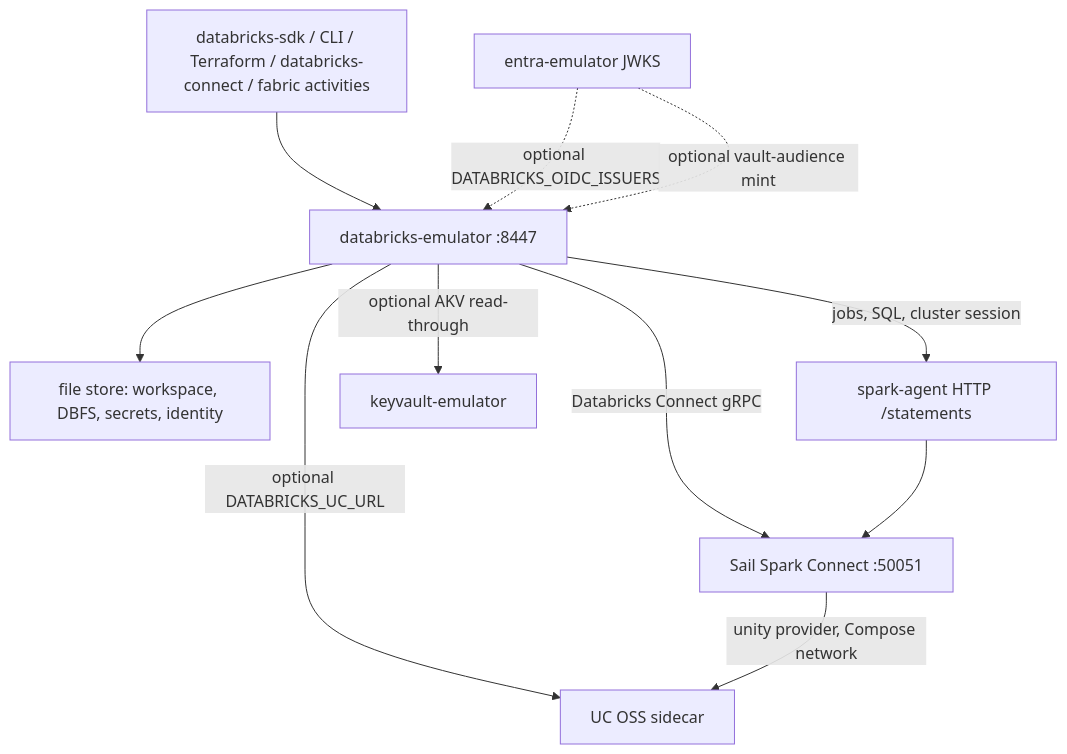
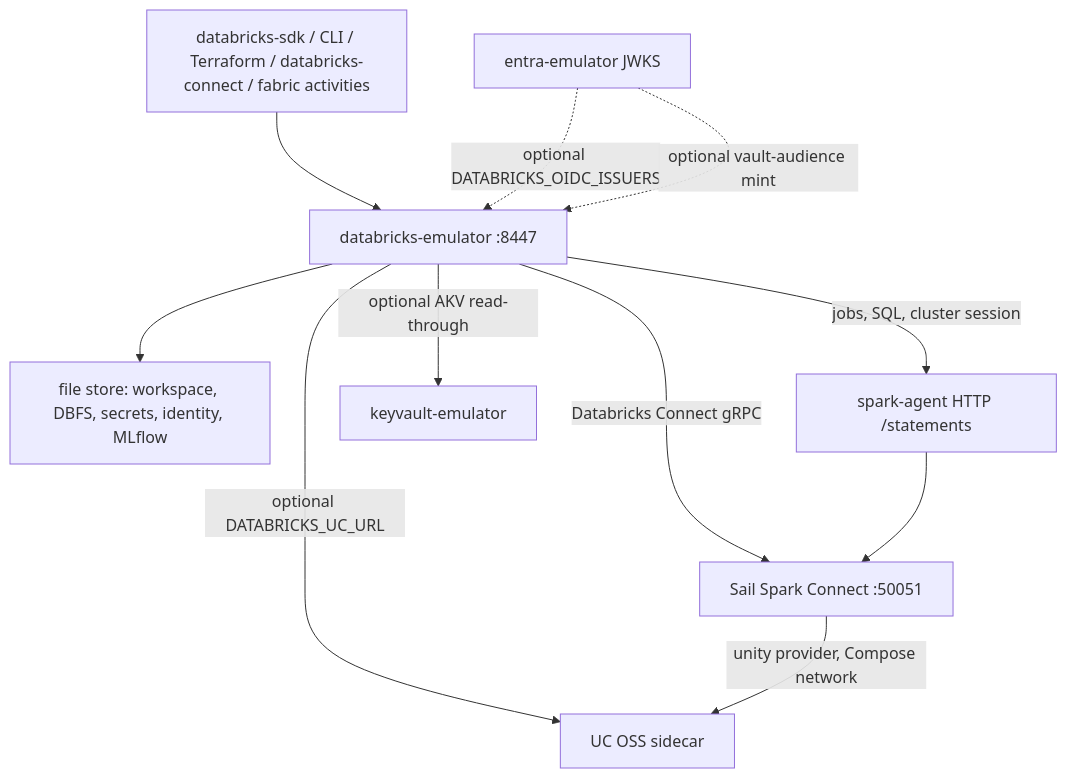
One commit to calvinchengx/databricks-emulator changed the diagram in docs/03-architecture.md. Above: the diagram before and after it, drawn with Mermaid. The commit also changed other lines of this file and 14 other files, not shown here.

````diff
--- a/docs/03-architecture.md
+++ b/docs/03-architecture.md
@@ -10,21 +10,21 @@
 ```mermaid
 graph TD
   clients["databricks-sdk / CLI / Terraform / databricks-connect / fabric activities"]
   ws["databricks-emulator :8447"]
-  store["file store: workspace, DBFS, secrets, identity"]
+  store["file store: workspace, DBFS, secrets, identity, MLflow"]
   agent["spark-agent HTTP /statements"]
   sail["Sail Spark Connect :50051"]
   uc["UC OSS sidecar"]
   kv["keyvault-emulator"]
   entra["entra-emulator JWKS"]
   clients --> ws
   ws --> store
   ws -->|"jobs, SQL, cluster session"| agent
   ws -->|"Databricks Connect gRPC"| sail
   agent --> sail
   ws -->|"optional DATABRICKS_UC_URL"| uc
   sail -->|"unity provider, Compose network"| uc
   ws -->|"optional AKV read-through"| kv
   entra -.->|"optional DATABRICKS_OIDC_ISSUERS"| ws
   entra -.->|"optional vault-audience mint"| ws
 ```
````
